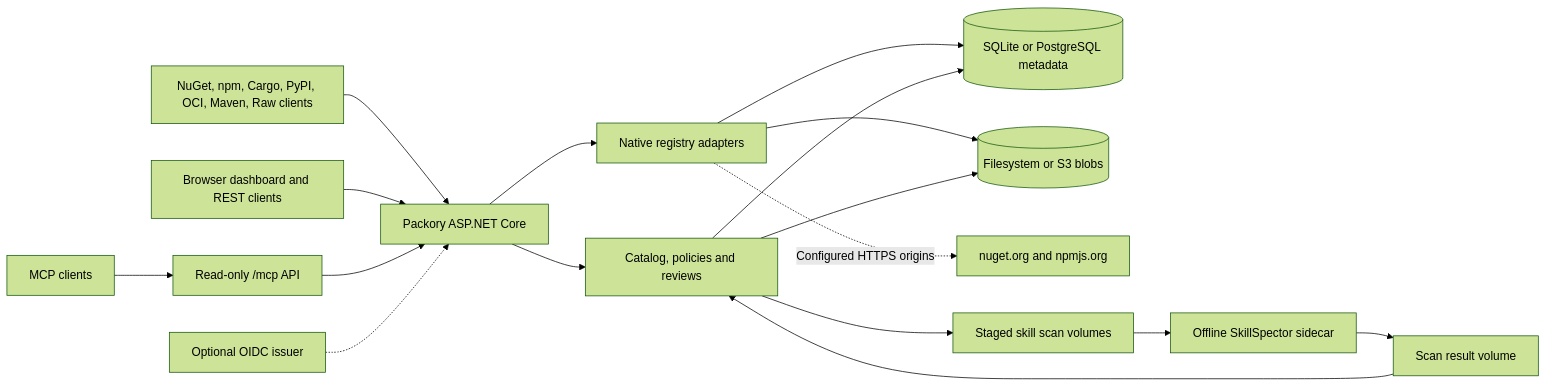
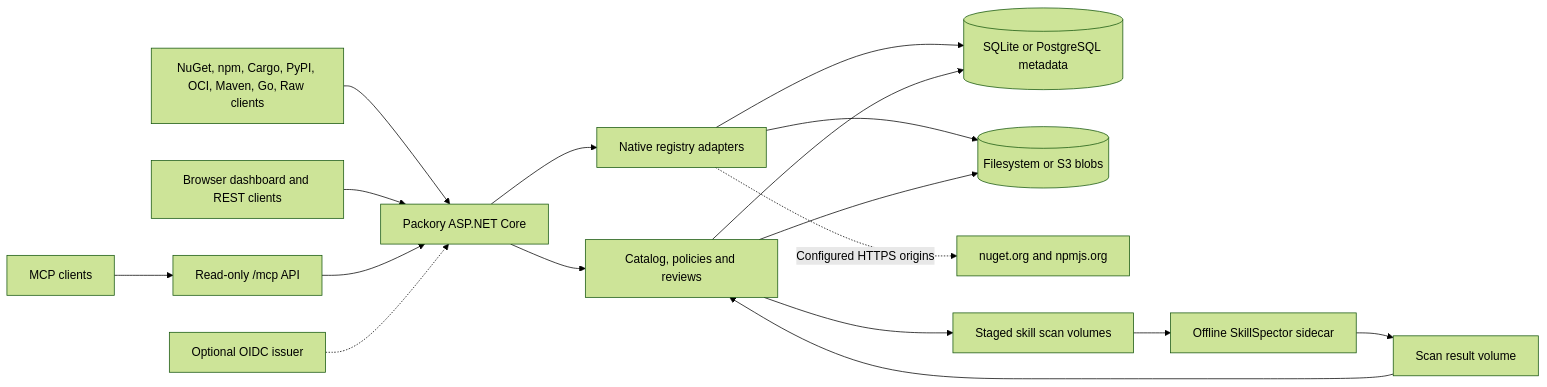
One commit to Cenn0/Packory changed the diagram in README.md. Above: the diagram before and after it, drawn with Mermaid (forest theme). The commit also changed other lines of this file and 31 other files, not shown here.

````diff
--- a/README.md
+++ b/README.md
@@ -92,19 +93,19 @@
 ```mermaid
 flowchart LR
-  C["NuGet, npm, Cargo, PyPI, OCI, Maven, Raw clients"] --> App["Packory ASP.NET Core"]
+  C["NuGet, npm, Cargo, PyPI, OCI, Maven, Go, Raw clients"] --> App["Packory ASP.NET Core"]
   Dashboard["Browser dashboard and REST clients"] --> App
   MCP["MCP clients"] --> ReadOnly["Read-only /mcp API"]
   ReadOnly --> App
   OIDC["Optional OIDC issuer"] -.-> App
   App --> Protocol["Native registry adapters"]
   App --> Catalog["Catalog, policies and reviews"]
   Protocol --> DB[("SQLite or PostgreSQL metadata")]
   Catalog --> DB
   Protocol --> Blob[("Filesystem or S3 blobs")]
   Catalog --> Blob
   Protocol -. "Configured HTTPS origins" .-> Upstream["nuget.org and npmjs.org"]
   Catalog --> Queue["Staged skill scan volumes"]
   Queue --> Scanner["Offline SkillSpector sidecar"]
   Scanner --> Result["Scan result volume"]
   Result --> Catalog
 ```
````
